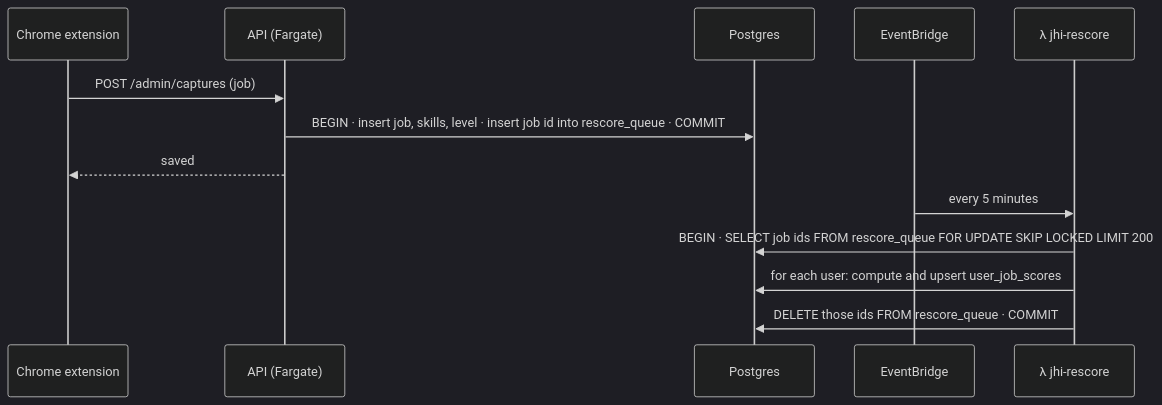
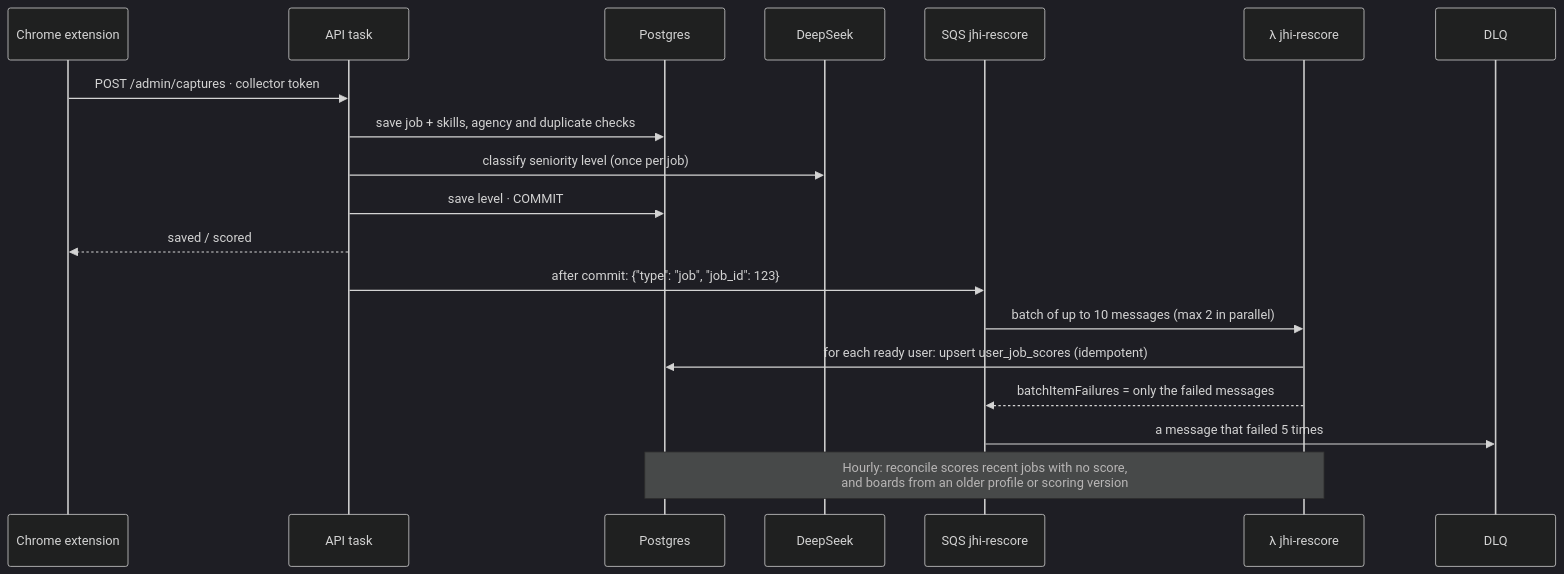
Before and after one commit to nlp4725/job-hunt-intelligence: the third of 6 diagrams in docs/productization_build_plan.md, drawn with Mermaid (dark theme). The commit also changed other lines of this file and 1 other file, not shown here.

Commit message:
Plan §1: rebuilt system design diagrams (components, board request, capture to scores, security boundaries); SQS rescoring, scoped tokens, observability, deletion

````diff
--- a/docs/productization_build_plan.md
+++ b/docs/productization_build_plan.md
@@ -381,15 +222,21 @@
 ```mermaid
 sequenceDiagram
-    participant Ext as Chrome extension
-    participant API as API (Fargate)
+    participant X as Chrome extension
+    participant API as API task
     participant DB as Postgres
-    participant EB as EventBridge
+    participant DS as DeepSeek
+    participant Q as SQS jhi-rescore
     participant L as λ jhi-rescore
-    Ext->>API: POST /admin/captures (job)
-    API->>DB: BEGIN · insert job, skills, level · insert job id into rescore_queue · COMMIT
-    API-->>Ext: saved
-    EB->>L: every 5 minutes
-    L->>DB: BEGIN · SELECT job ids FROM rescore_queue FOR UPDATE SKIP LOCKED LIMIT 200
-    L->>DB: for each user: compute and upsert user_job_scores
-    L->>DB: DELETE those ids FROM rescore_queue · COMMIT
+    participant D as DLQ
+    X->>API: POST /admin/captures · collector token
+    API->>DB: save job + skills, agency and duplicate checks
+    API->>DS: classify seniority level (once per job)
+    API->>DB: save level · COMMIT
+    API-->>X: saved / scored
+    API->>Q: after commit: {"type": "job", "job_id": 123}
+    Q->>L: batch of up to 10 messages (max 2 in parallel)
+    L->>DB: for each ready user: upsert user_job_scores (idempotent)
+    L-->>Q: batchItemFailures = only the failed messages
+    Q->>D: a message that failed 5 times
+    Note over L,DB: Hourly: reconcile scores recent jobs with no score,<br/>and boards from an older profile or scoring version
 ```
````
